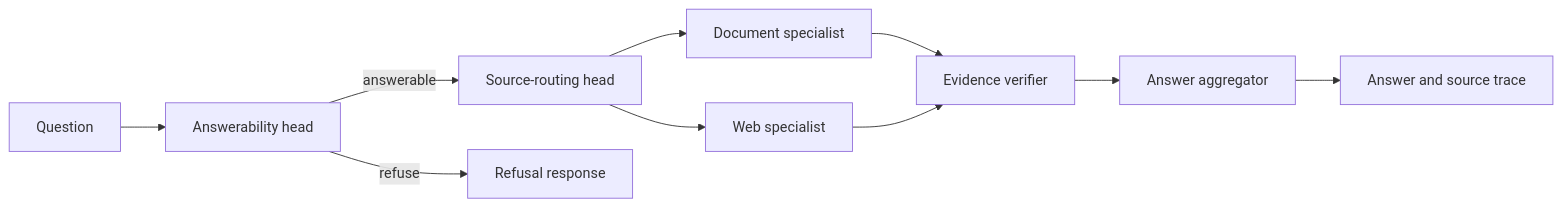
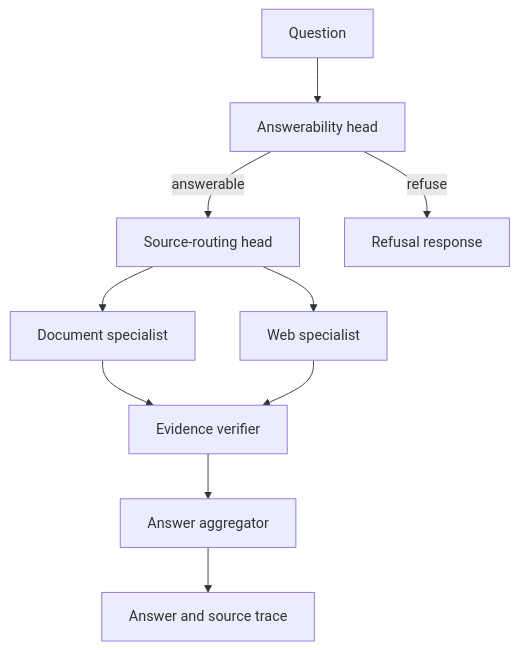
The first of 2 diagrams in README.md (CatAlvin/BNBU-Graph-RAG), drawn with Mermaid before and after one commit. The commit also changed other lines of this file, not shown here.

Commit message:
Improve overview diagram readability and focus the project narrative

````diff
--- a/README.md
+++ b/README.md
@@ -24,12 +24,12 @@
 ```mermaid
-flowchart LR
+flowchart TB
   Q[Question] --> A[Answerability head]
   A -->|answerable| B[Source-routing head]
   A -->|refuse| F[Refusal response]
   B --> R[Document specialist]
   B --> W[Web specialist]
   R --> V[Evidence verifier]
   W --> V
   V --> S[Answer aggregator]
   S --> O[Answer and source trace]
 ```
````
